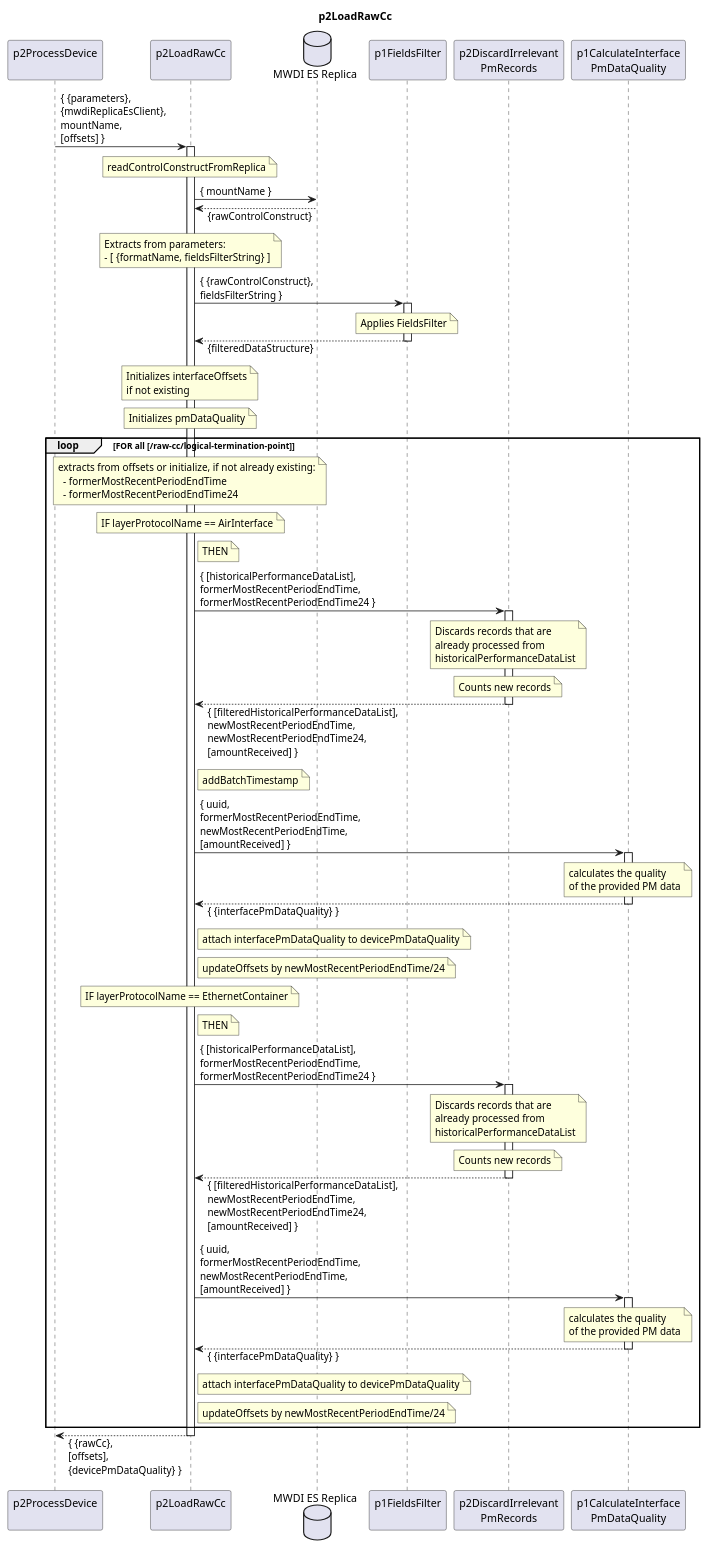
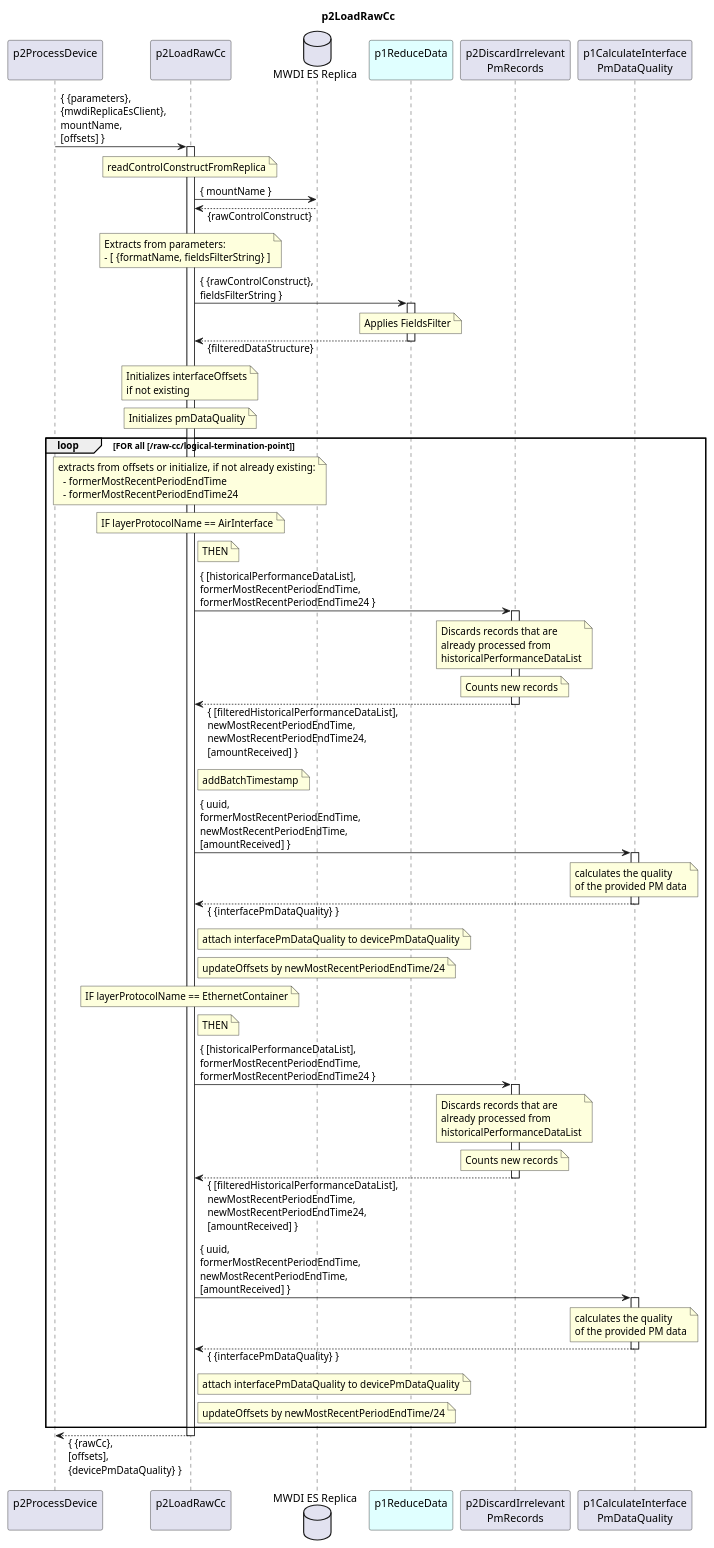
Before and after one commit to openBackhaul/DevicePerformanceManagementDataProcessor: the diagram in spec/Functions/p2StreamPmData/p2ProcessDevice/p2LoadRawCc/1.0.1/p2LoadRawCc.plantuml, drawn with PlantUML. The commit also changed 10 other files, not shown here.

```diff
--- a/spec/Functions/p2StreamPmData/p2ProcessDevice/p2LoadRawCc/1.0.1/p2LoadRawCc.plantuml
+++ b/spec/Functions/p2StreamPmData/p2ProcessDevice/p2LoadRawCc/1.0.1/p2LoadRawCc.plantuml
@@ -1,147 +1,147 @@
 @startuml p2LoadRawCc
 skinparam responseMessageBelowArrow true
 
 title
   p2LoadRawCc
 end title
 
 participant "p2ProcessDevice\n" as requestor
 participant "p2LoadRawCc\n" as cur
 database "MWDI ES Replica" as MwdiEs
-participant "p1FieldsFilter\n" as fieldsFilter
+participant "p1ReduceData\n" as fieldsFilter #LightCyan
 participant "p2DiscardIrrelevant\nPmRecords" as filterPm
 participant "p1CalculateInterface\nPmDataQuality" as calPmQual
 
 requestor -> cur: { {parameters},\n{mwdiReplicaEsClient},\nmountName,\n[offsets] }
 activate cur
 
   note over cur
     readControlConstructFromReplica
   end note
   cur -> MwdiEs: { mountName }
   cur <-- MwdiEs: {rawControlConstruct}
 
   note over cur
     Extracts from parameters:
     - [ {formatName, fieldsFilterString} ]
   end note
 
   cur -> fieldsFilter: { {rawControlConstruct},\nfieldsFilterString }
   activate fieldsFilter
     note over fieldsFilter
       Applies FieldsFilter
     end note
   cur <-- fieldsFilter: {filteredDataStructure}
   deactivate fieldsFilter
 
   note over cur
     Initializes interfaceOffsets
     if not existing
   end note
 
   note over cur
     Initializes pmDataQuality
   end note
 
   loop FOR all [/raw-cc/logical-termination-point]
 
     note over cur
       extracts from offsets or initialize, if not already existing:
         - formerMostRecentPeriodEndTime
         - formerMostRecentPeriodEndTime24
     end note
 
     note over cur
       IF layerProtocolName == AirInterface
     end note
 
     note right cur
       THEN
     end note
 
     cur -> filterPm: { [historicalPerformanceDataList],\nformerMostRecentPeriodEndTime,\nformerMostRecentPeriodEndTime24 }
     activate filterPm
 
       note over filterPm
         Discards records that are
         already processed from
         historicalPerformanceDataList
       end note
       note over filterPm
         Counts new records
       end note
 
     cur <-- filterPm: { [filteredHistoricalPerformanceDataList],\nnewMostRecentPeriodEndTime,\nnewMostRecentPeriodEndTime24,\n[amountReceived] }
     deactivate filterPm
 
     note right cur
       addBatchTimestamp
     end note
 
     cur -> calPmQual: { uuid,\nformerMostRecentPeriodEndTime,\nnewMostRecentPeriodEndTime,\n[amountReceived] }
     activate calPmQual
 
       note over calPmQual
         calculates the quality
         of the provided PM data
       end note
 
     cur <-- calPmQual: { {interfacePmDataQuality} }
     deactivate calPmQual
 
     note right cur
       attach interfacePmDataQuality to devicePmDataQuality
     end note
 
     note right cur
       updateOffsets by newMostRecentPeriodEndTime/24
     end note
 
     note over cur
       IF layerProtocolName == EthernetContainer
     end note
 
     note right cur
       THEN
     end note
 
     cur -> filterPm: { [historicalPerformanceDataList],\nformerMostRecentPeriodEndTime,\nformerMostRecentPeriodEndTime24 }
     activate filterPm
 
       note over filterPm
       Discards records that are
       already processed from
       historicalPerformanceDataList
     end note
     note over filterPm
       Counts new records
     end note
 
     cur <-- filterPm: { [filteredHistoricalPerformanceDataList],\nnewMostRecentPeriodEndTime,\nnewMostRecentPeriodEndTime24,\n[amountReceived] }
     deactivate filterPm
 
     cur -> calPmQual: { uuid,\nformerMostRecentPeriodEndTime,\nnewMostRecentPeriodEndTime,\n[amountReceived] }
     activate calPmQual
 
       note over calPmQual
         calculates the quality
         of the provided PM data
       end note
 
     cur <-- calPmQual: { {interfacePmDataQuality} }
     deactivate calPmQual
 
     note right cur
       attach interfacePmDataQuality to devicePmDataQuality
     end note
 
     note right cur
       updateOffsets by newMostRecentPeriodEndTime/24
     end note
 
   end loop
 
 requestor <-- cur: { {rawCc},\n[offsets],\n{devicePmDataQuality} }
 deactivate cur
 
 @enduml
```
